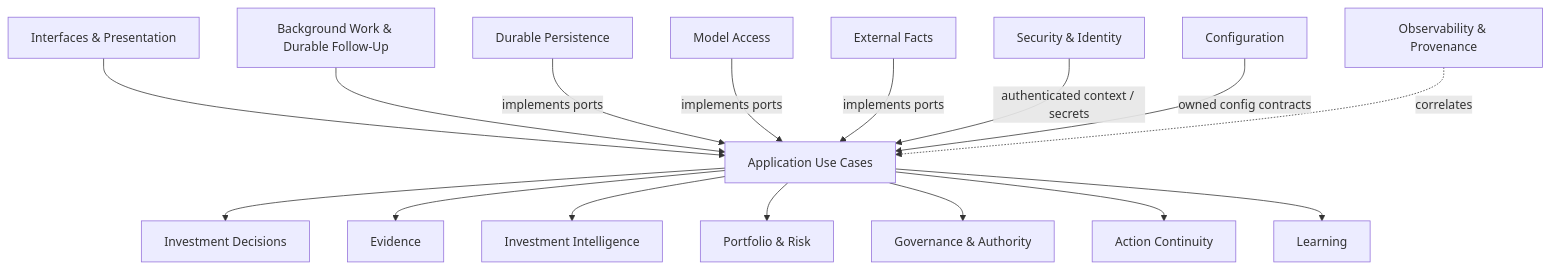
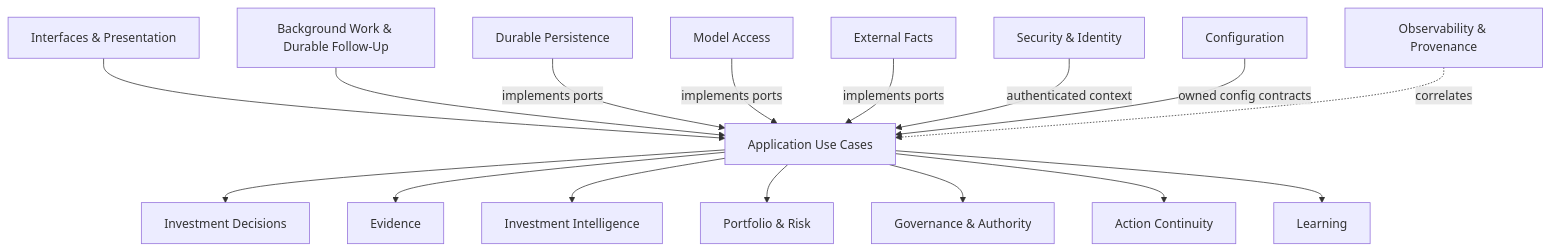
The third of 8 diagrams in docs/proposed/platform-domain-interaction-map.md (sponge-b0b/Polaris), drawn with Mermaid before and after one commit. The commit also changed other lines of this file and 11 other files, not shown here.

````diff
--- a/docs/proposed/platform-domain-interaction-map.md
+++ b/docs/proposed/platform-domain-interaction-map.md
@@ -216,20 +213,20 @@
 ```mermaid
 flowchart TB
     UI[Interfaces & Presentation] --> APP[Application Use Cases]
     BG[Background Work & Durable Follow-Up] --> APP
 
     APP --> D[Investment Decisions]
     APP --> E[Evidence]
     APP --> I[Investment Intelligence]
     APP --> P[Portfolio & Risk]
     APP --> G[Governance & Authority]
     APP --> A[Action Continuity]
     APP --> L[Learning]
 
     DP[Durable Persistence] -->|implements ports| APP
     MA[Model Access] -->|implements ports| APP
     EF[External Facts] -->|implements ports| APP
-    SI[Security & Identity] -->|authenticated context / secrets| APP
+    SI[Security & Identity] -->|authenticated context| APP
     CFG[Configuration] -->|owned config contracts| APP
     OBS[Observability & Provenance] -.correlates.-> APP
 ```
````
